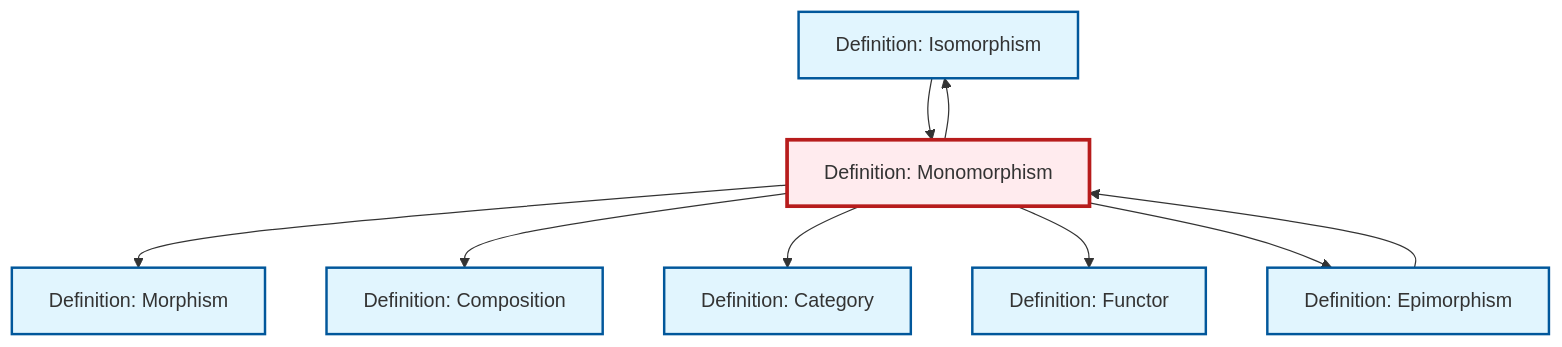
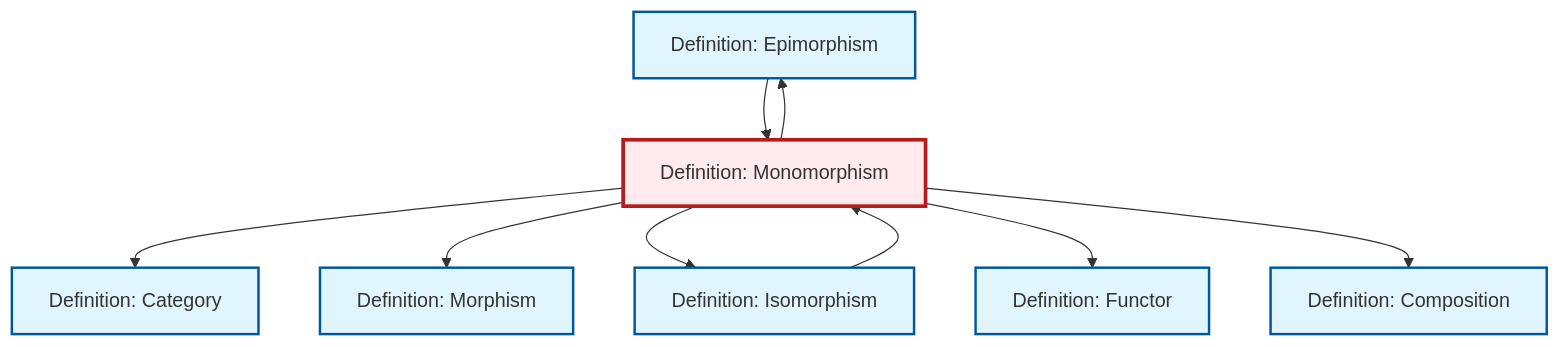
The diagram in content/en/category-theory/def-monomorphism.qmd (RK0429/ModernMath), drawn with Mermaid before and after one commit. The commit also changed other lines of this file and 328 other files, not shown here.

````diff
--- a/content/en/category-theory/def-monomorphism.qmd
+++ b/content/en/category-theory/def-monomorphism.qmd
@@ -95,31 +95,31 @@
 ```{mermaid}
 %%| fig-cap: "Local dependency graph"
 graph TD
     classDef definition fill:#e1f5fe,stroke:#01579b,stroke-width:2px
     classDef theorem fill:#f3e5f5,stroke:#4a148c,stroke-width:2px
     classDef axiom fill:#fff3e0,stroke:#e65100,stroke-width:2px
     classDef example fill:#e8f5e9,stroke:#1b5e20,stroke-width:2px
     classDef current fill:#ffebee,stroke:#b71c1c,stroke-width:3px
     def-morphism["Definition: Morphism"]:::definition
+    def-composition["Definition: Composition"]:::definition
+    def-epimorphism["Definition: Epimorphism"]:::definition
+    def-functor["Definition: Functor"]:::definition
     def-isomorphism["Definition: Isomorphism"]:::definition
-    def-epimorphism["Definition: Epimorphism"]:::definition
-    def-composition["Definition: Composition"]:::definition
     def-category["Definition: Category"]:::definition
-    def-functor["Definition: Functor"]:::definition
     def-monomorphism["Definition: Monomorphism"]:::definition
-    def-epimorphism --> def-monomorphism
+    def-monomorphism --> def-category
     def-monomorphism --> def-morphism
-    def-monomorphism --> def-composition
-    def-monomorphism --> def-category
-    def-isomorphism --> def-monomorphism
     def-monomorphism --> def-isomorphism
     def-monomorphism --> def-functor
+    def-isomorphism --> def-monomorphism
     def-monomorphism --> def-epimorphism
+    def-monomorphism --> def-composition
+    def-epimorphism --> def-monomorphism
     class def-monomorphism current
     click def-morphism "def-morphism.html" "Go to Morphism definition"
+    click def-composition "def-composition.html" "Go to Composition definition"
+    click def-epimorphism "def-epimorphism.html" "Go to Epimorphism definition"
+    click def-functor "def-functor.html" "Go to Functor definition"
     click def-isomorphism "def-isomorphism.html" "Go to Isomorphism definition"
-    click def-epimorphism "def-epimorphism.html" "Go to Epimorphism definition"
-    click def-composition "def-composition.html" "Go to Composition definition"
     click def-category "def-category.html" "Go to Category definition"
-    click def-functor "def-functor.html" "Go to Functor definition"
 ```
````
